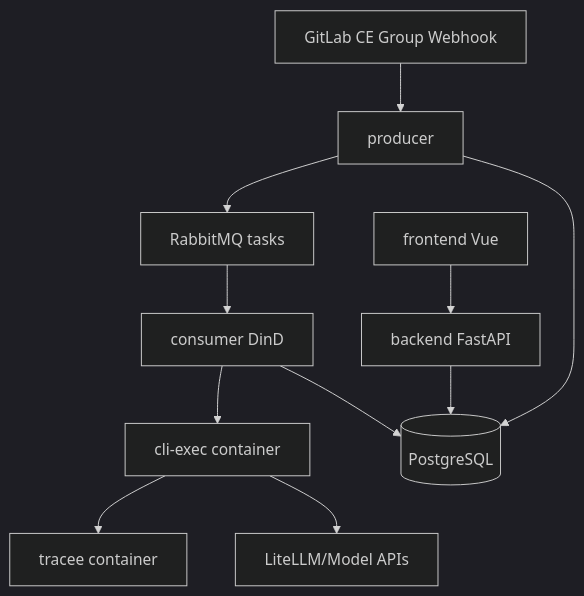
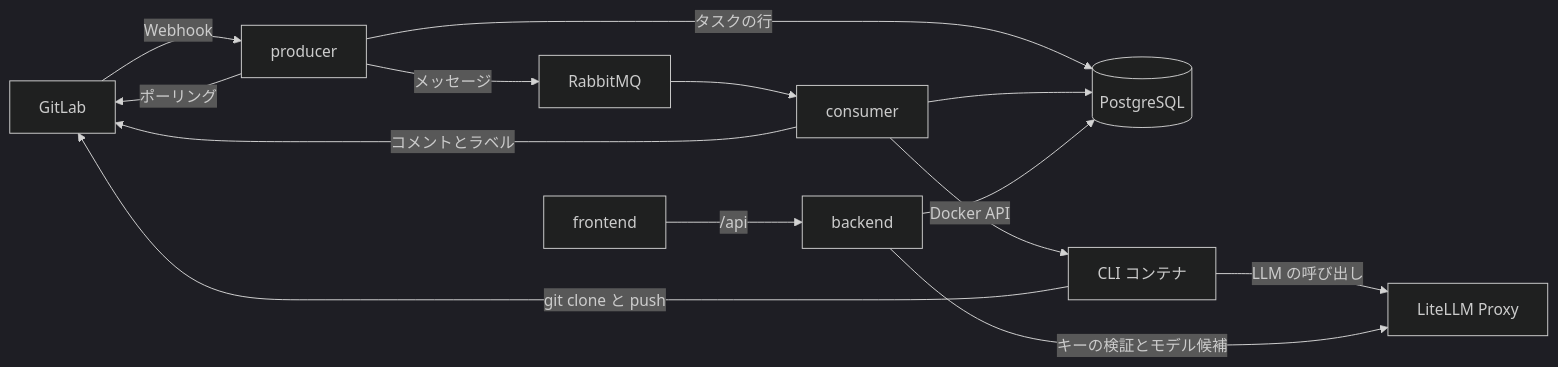
Before and after one commit to notfolder/CodingAgentAutomata: the first of 14 diagrams in docs/detail_design.md, drawn with Mermaid (dark theme). The commit also changed other lines of this file and 15 other files, not shown here.

````diff
--- a/docs/detail_design.md
+++ b/docs/detail_design.md
@@ -40,24 +96,16 @@
 ```mermaid
-flowchart TD
-    GL[GitLab CE Group Webhook]
-    PR[producer]
-    MQ[RabbitMQ tasks]
-    CS[consumer DinD]
-    CL[cli-exec container]
-    TR[tracee container]
-    BK[backend FastAPI]
-    FE[frontend Vue]
-    DB[(PostgreSQL)]
-    LT[LiteLLM/Model APIs]
-
-    GL --> PR
-    PR --> MQ
-    MQ --> CS
-    CS --> CL
-    CL --> TR
-    CL --> LT
-    FE --> BK
+flowchart LR
+    GL[GitLab] -->|Webhook| PR[producer]
+    PR -->|ポーリング| GL
+    PR -->|タスクの行| DB[(PostgreSQL)]
+    PR -->|メッセージ| MQ[RabbitMQ]
+    MQ --> CS[consumer]
+    CS --> DB
+    CS -->|Docker API| CL[CLI コンテナ]
+    CL -->|git clone と push| GL
+    CL -->|LLM の呼び出し| LL[LiteLLM Proxy]
+    CS -->|コメントとラベル| GL
+    FE[frontend] -->|/api| BK[backend]
     BK --> DB
-    PR --> DB
-    CS --> DB
+    BK -->|キーの検証とモデル候補| LL
 ```
````
